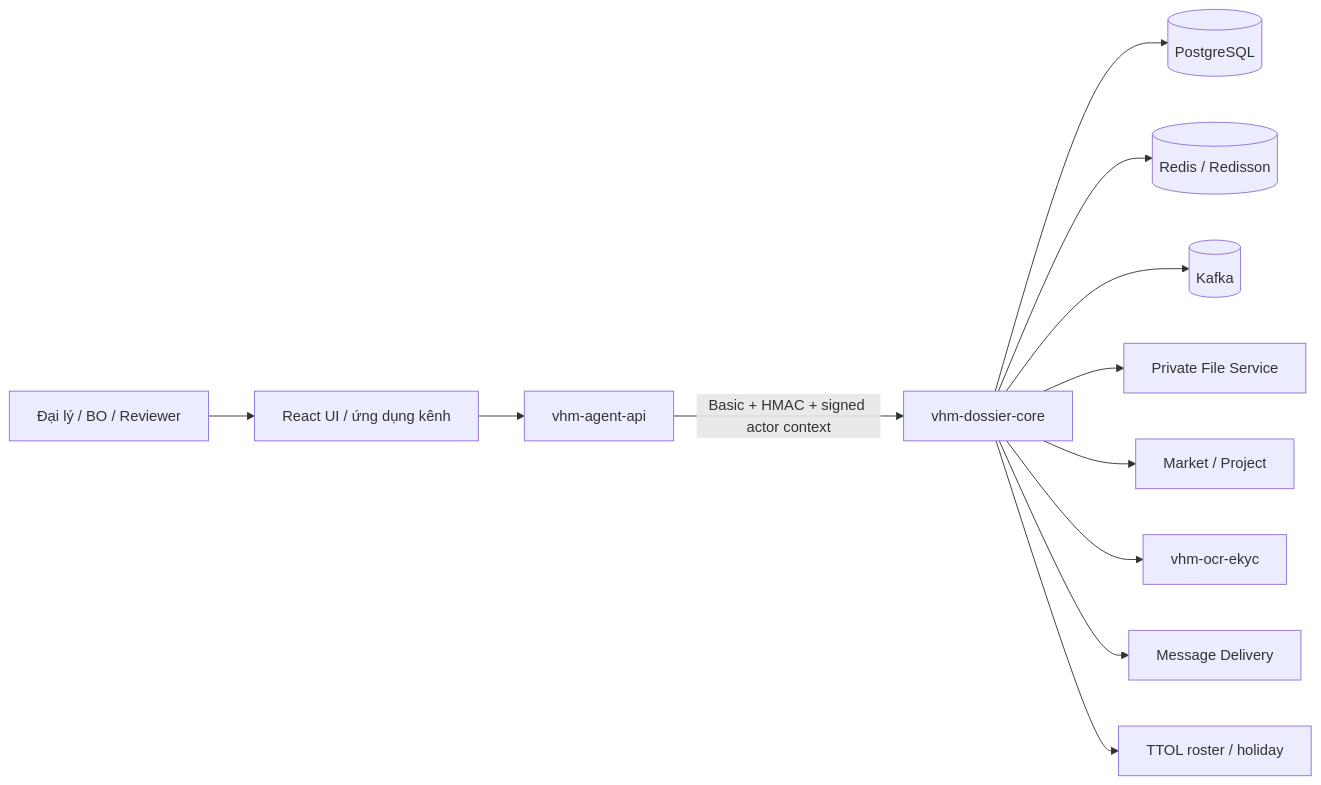
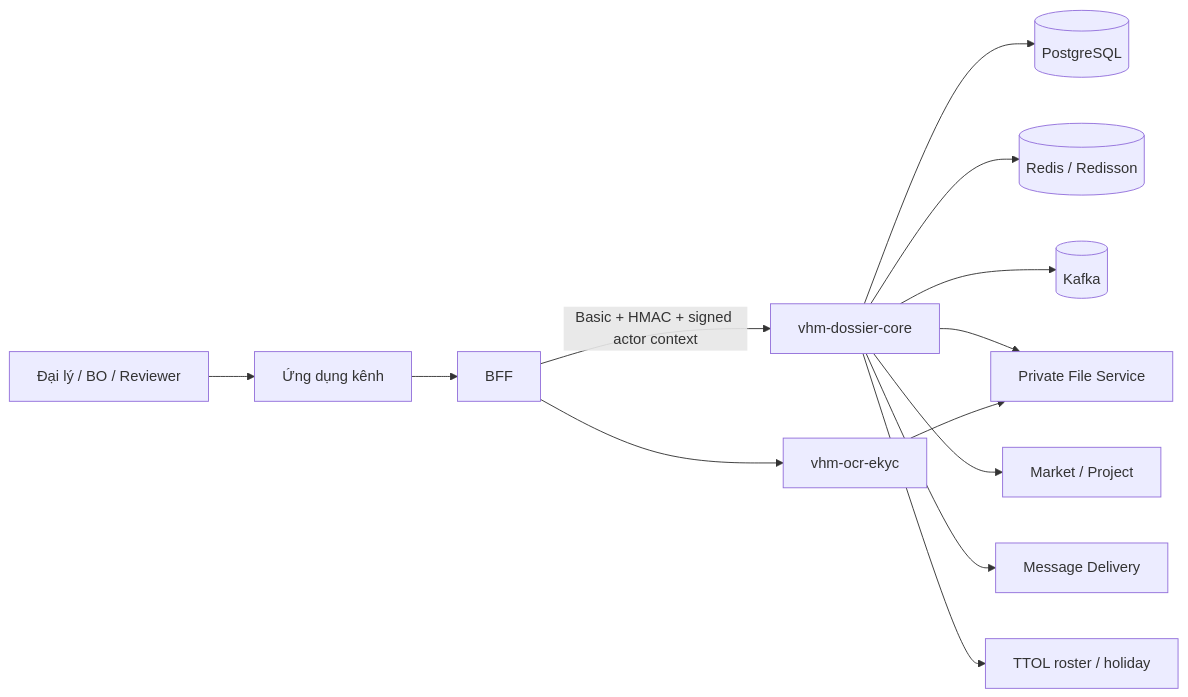
Before and after one commit to huynv-xyz/vhm: the first of 8 diagrams in tdd-dossier.md, drawn with Mermaid. The commit also changed other lines of this file, not shown here.

````diff
--- a/tdd-dossier.md
+++ b/tdd-dossier.md
@@ -179,14 +178,15 @@
 ```mermaid
 flowchart LR
-    Agent[Đại lý / BO / Reviewer] --> UI[React UI / ứng dụng kênh]
-    UI --> API[vhm-agent-api]
+    Agent[Đại lý / BO / Reviewer] --> Channel[Ứng dụng kênh]
+    Channel --> API[BFF]
     API -->|Basic + HMAC + signed actor context| Core[vhm-dossier-core]
     Core --> PG[(PostgreSQL)]
     Core --> Redis[(Redis / Redisson)]
     Core --> Kafka[(Kafka)]
     Core --> File[Private File Service]
     Core --> Market[Market / Project]
-    Core --> OCR[vhm-ocr-ekyc]
+    API --> OCR[vhm-ocr-ekyc]
+    OCR --> File
     Core --> Msg[Message Delivery]
     Core --> TTOL[TTOL roster / holiday]
 ```
````
